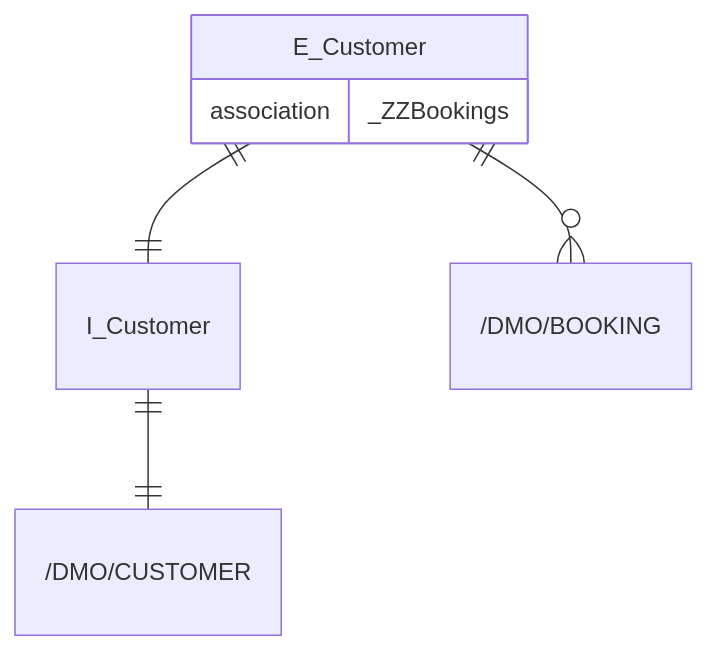
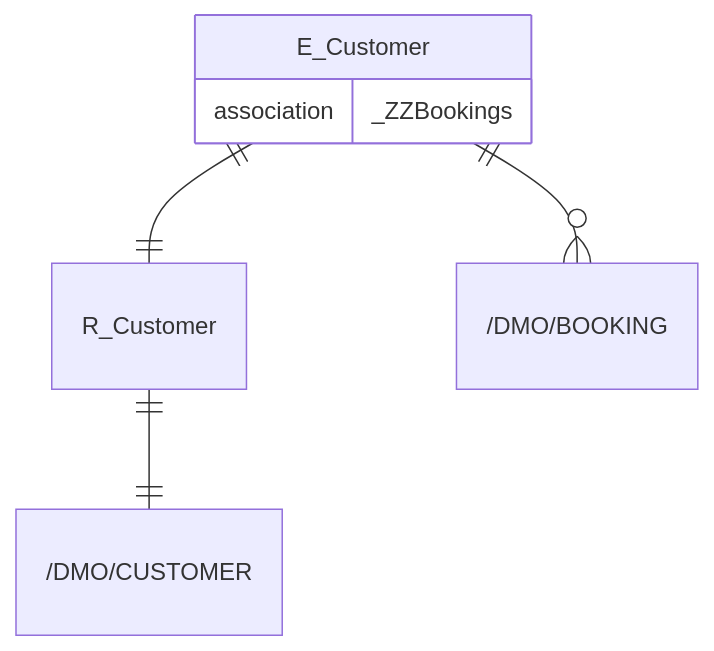
Before and after one commit to appenmaier/s4hana: the diagram in docs/exercises/abap-cds/abap-cds-08.md, drawn with Mermaid. The commit also changed 15 other files, not shown here.

````diff
--- a/docs/exercises/abap-cds/abap-cds-08.md
+++ b/docs/exercises/abap-cds/abap-cds-08.md
@@ -10,11 +10,11 @@
 ```mermaid
 erDiagram
 
-    I_Customer ||--|| "/DMO/CUSTOMER" : ""
-    E_Customer ||--|| I_Customer  : ""
+    R_Customer ||--|| "/DMO/CUSTOMER" : ""
+    E_Customer ||--|| R_Customer  : ""
     E_Customer ||--o{ "/DMO/BOOKING" : ""
 
     E_Customer {
         association _ZZBookings
     }
 ```
````
